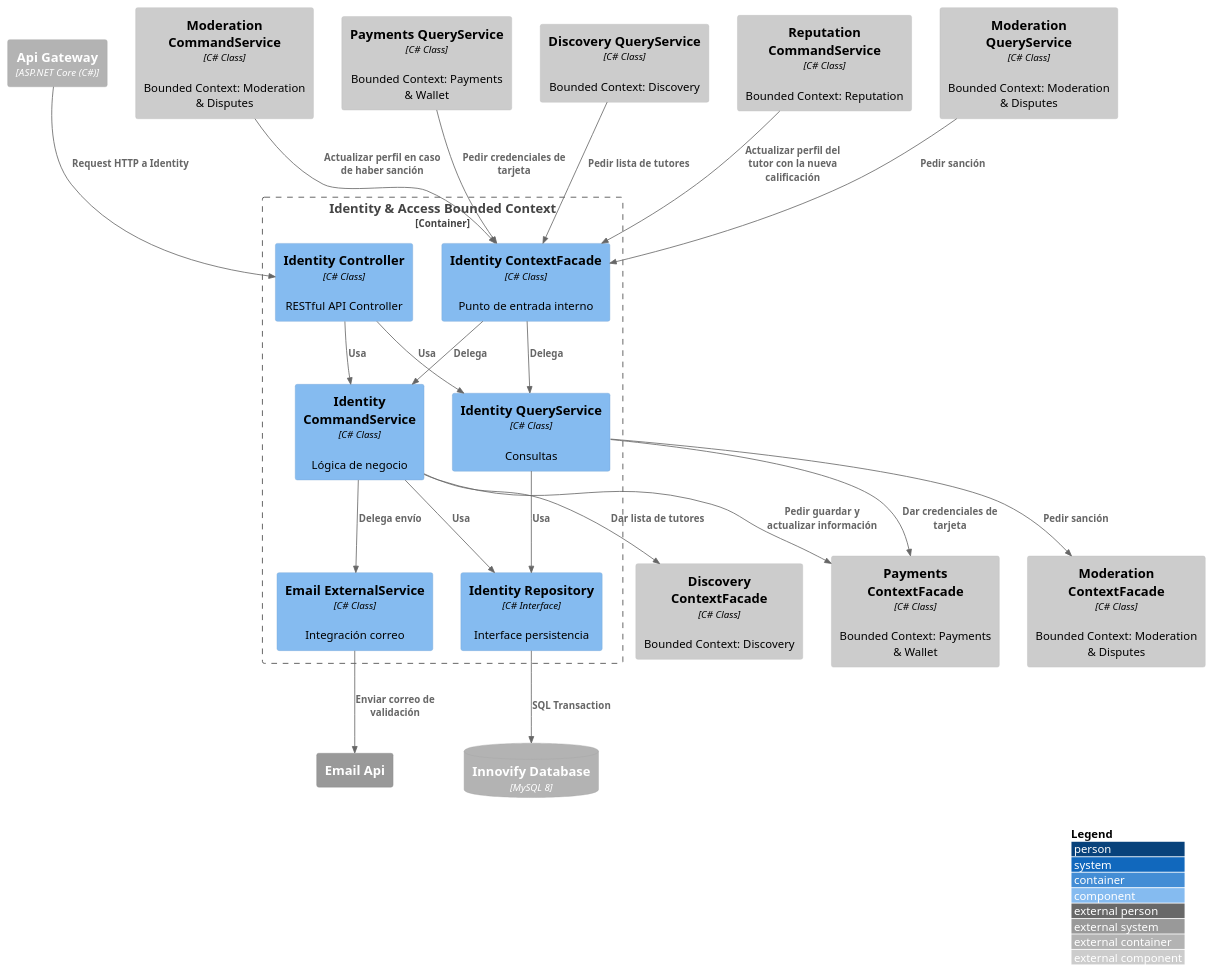
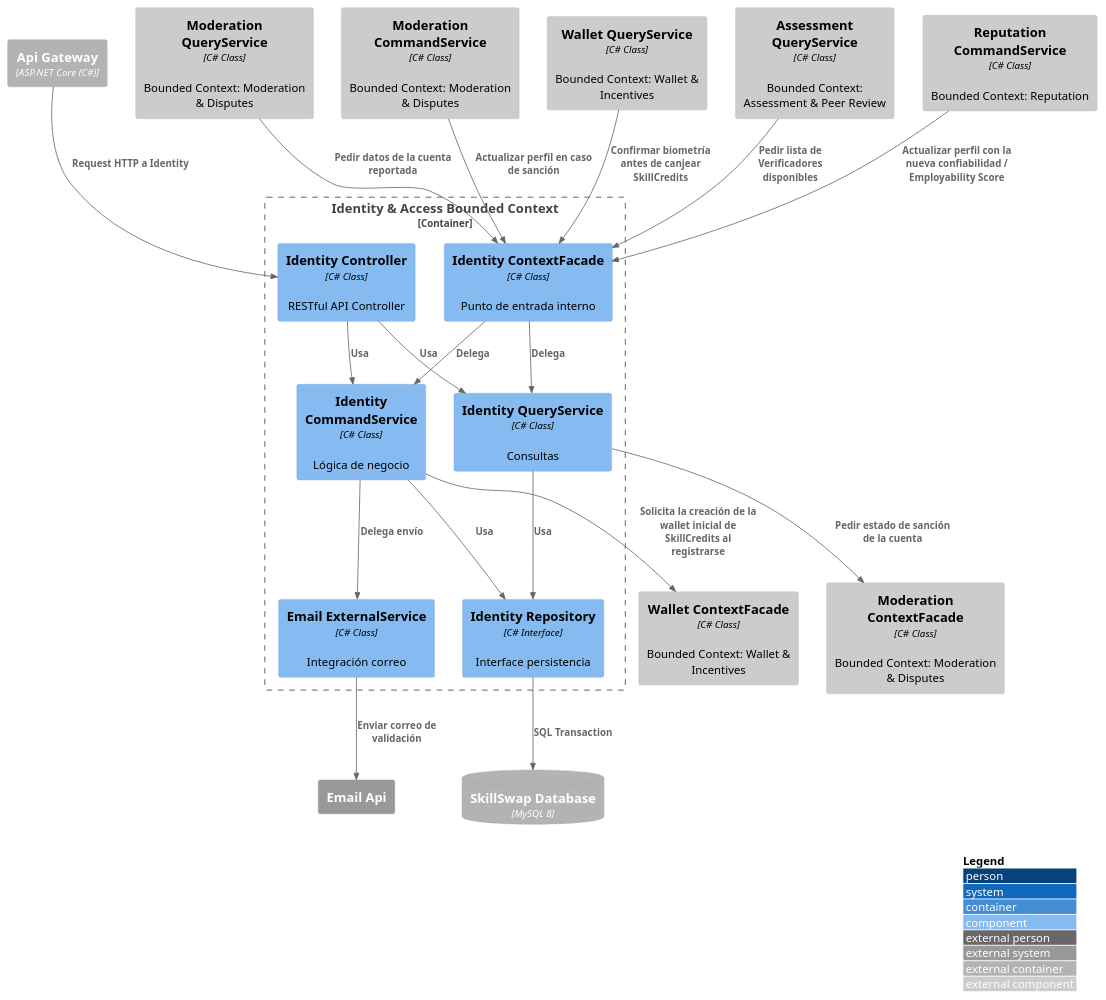
Before and after one commit to Aplicaciones-Dispositivos-Moviles/SkillSwap-ProjectReport: the diagram in DB&C4/Component Diagram — Identity & Access.puml, drawn with PlantUML. The commit also changed 23 other files, not shown here.

```diff
--- a/DB&C4/Component Diagram — Identity & Access.puml
+++ b/DB&C4/Component Diagram — Identity & Access.puml
@@ -1,53 +1,50 @@
 @startuml IdentityComponent
 !include https://raw.githubusercontent.com/plantuml-stdlib/C4-PlantUML/master/C4_Component.puml
 
 LAYOUT_WITH_LEGEND()
 
 Container_Ext(apiGateway, "Api Gateway", "ASP.NET Core (C#)")
-ContainerDb_Ext(mainDB, "Innovify Database", "MySQL 8")
+ContainerDb_Ext(mainDB, "SkillSwap Database", "MySQL 8")
 System_Ext(emailService, "Email Api")
 
 Container_Boundary(identityBC, "Identity & Access Bounded Context") {
     Component(identityController, "Identity Controller", "C# Class", "RESTful API Controller")
     Component(identityCommandService, "Identity CommandService", "C# Class", "Lógica de negocio")
     Component(identityQueryService, "Identity QueryService", "C# Class", "Consultas")
     Component(identityRepository, "Identity Repository", "C# Interface", "Interface persistencia")
     Component(emailExternal, "Email ExternalService", "C# Class", "Integración correo")
     Component(identityContextFacade, "Identity ContextFacade", "C# Class", "Punto de entrada interno")
 }
 
-Component_Ext(billingContextFacade, "Payments ContextFacade", "C# Class", "Bounded Context: Payments & Wallet")
+Component_Ext(walletContextFacade, "Wallet ContextFacade", "C# Class", "Bounded Context: Wallet & Incentives")
 Component_Ext(moderationContextFacade, "Moderation ContextFacade", "C# Class", "Bounded Context: Moderation & Disputes")
-Component_Ext(discoveryContextFacade, "Discovery ContextFacade", "C# Class", "Bounded Context: Discovery")
 
-Component_Ext(discoveryQueryService, "Discovery QueryService", "C# Class", "Bounded Context: Discovery")
+Component_Ext(assessmentQueryService, "Assessment QueryService", "C# Class", "Bounded Context: Assessment & Peer Review")
 Component_Ext(reputationCommandService, "Reputation CommandService", "C# Class", "Bounded Context: Reputation")
 Component_Ext(moderationQueryService, "Moderation QueryService", "C# Class", "Bounded Context: Moderation & Disputes")
 Component_Ext(moderationCommandService, "Moderation CommandService", "C# Class", "Bounded Context: Moderation & Disputes")
-Component_Ext(billingQueryService, "Payments QueryService", "C# Class", "Bounded Context: Payments & Wallet")
+Component_Ext(walletQueryService, "Wallet QueryService", "C# Class", "Bounded Context: Wallet & Incentives")
 
 Rel(apiGateway, identityController, "Request HTTP a Identity")
 Rel(identityController, identityCommandService, "Usa")
 Rel(identityController, identityQueryService, "Usa")
 Rel(identityCommandService, identityRepository, "Usa")
 Rel(identityQueryService, identityRepository, "Usa")
 Rel(identityRepository, mainDB, "SQL Transaction")
 
 Rel(identityCommandService, emailExternal, "Delega envío")
 Rel(emailExternal, emailService, "Enviar correo de validación")
 
-Rel(identityCommandService, billingContextFacade, "Pedir guardar y actualizar información")
-Rel(identityQueryService, moderationContextFacade, "Pedir sanción")
-Rel(identityQueryService, billingContextFacade, "Dar credenciales de tarjeta")
-Rel(identityCommandService, discoveryContextFacade, "Dar lista de tutores")
+Rel(identityCommandService, walletContextFacade, "Solicita la creación de la wallet inicial de SkillCredits al registrarse")
+Rel(identityQueryService, moderationContextFacade, "Pedir estado de sanción de la cuenta")
 
 Rel(identityContextFacade, identityCommandService, "Delega")
 Rel(identityContextFacade, identityQueryService, "Delega")
 
-Rel(discoveryQueryService, identityContextFacade, "Pedir lista de tutores")
-Rel(reputationCommandService, identityContextFacade, "Actualizar perfil del tutor con la nueva calificación")
-Rel(moderationQueryService, identityContextFacade, "Pedir sanción")
-Rel(moderationCommandService, identityContextFacade, "Actualizar perfil en caso de haber sanción")
-Rel(billingQueryService, identityContextFacade, "Pedir credenciales de tarjeta")
+Rel(assessmentQueryService, identityContextFacade, "Pedir lista de Verificadores disponibles")
+Rel(reputationCommandService, identityContextFacade, "Actualizar perfil con la nueva confiabilidad / Employability Score")
+Rel(moderationQueryService, identityContextFacade, "Pedir datos de la cuenta reportada")
+Rel(moderationCommandService, identityContextFacade, "Actualizar perfil en caso de sanción")
+Rel(walletQueryService, identityContextFacade, "Confirmar biometría antes de canjear SkillCredits")
 
 @enduml
```
